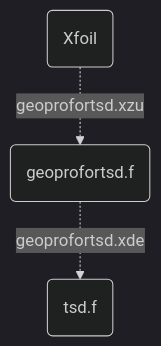
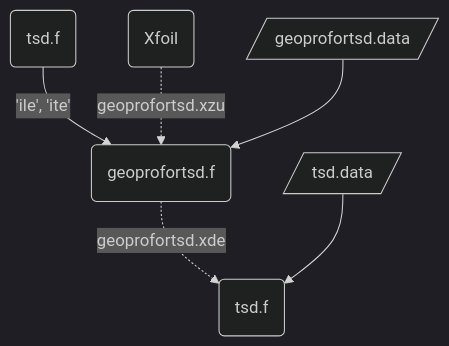
Before and after one commit to Transonic-Integrated-AeroDesign/AeroDes: the third of 3 diagrams in README.md, drawn with Mermaid (dark theme). The commit also changed other lines of this file, not shown here.

````diff
--- a/README.md
+++ b/README.md
@@ -239,5 +240,8 @@
 ```mermaid
 flowchart TD
+    id6("tsd.f") -->|"'ile', 'ite'"| id2(geoprofortsd.f)
     id1(Xfoil) -.->|"geoprofortsd.xzu"| id2(geoprofortsd.f)
+    id5[/geoprofortsd.data/] --> id2(geoprofortsd.f)
     id2(geoprofortsd.f) -.->|"geoprofortsd.xde"| id3("tsd.f")
+    id4[/tsd.data/] --> id3("tsd.f")
 ```
````
